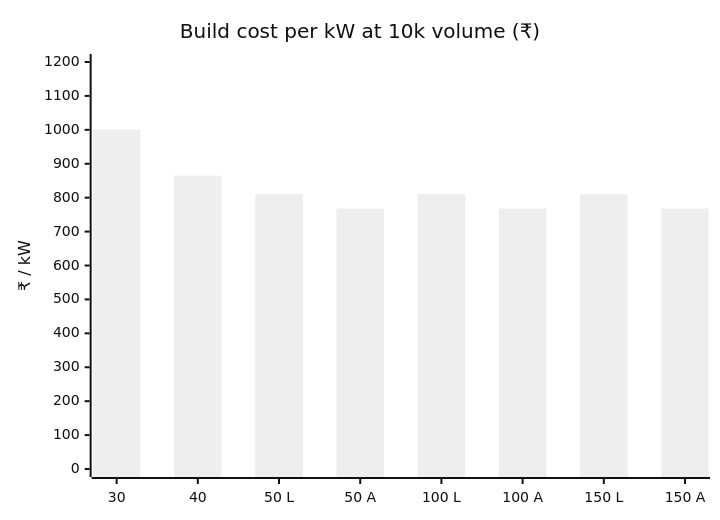
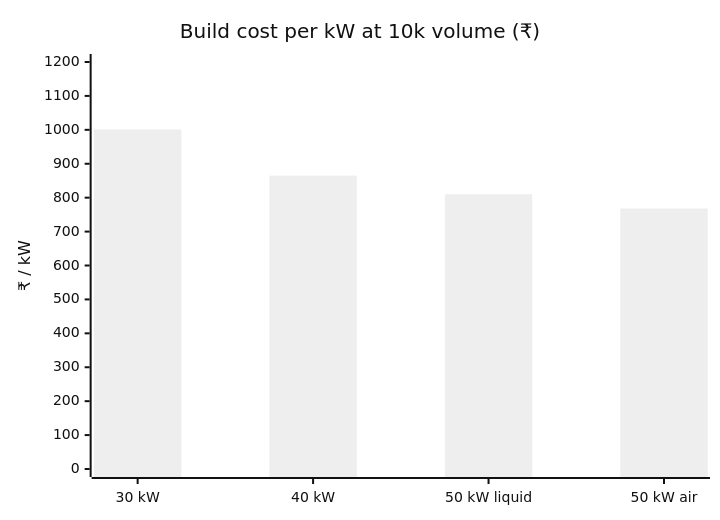
Before and after one commit to vectivolt/DC-Modules: the diagram in docs/bom-cost.md, drawn with Mermaid (neutral theme). The commit also changed other lines of this file and 77 other files, not shown here.

````diff
--- a/docs/bom-cost.md
+++ b/docs/bom-cost.md
@@ -60,7 +59,7 @@
 ```mermaid
 xychart-beta
   title "Build cost per kW at 10k volume (₹)"
-  x-axis ["30", "40", "50 L", "50 A", "100 L", "100 A", "150 L", "150 A"]
+  x-axis ["30 kW", "40 kW", "50 kW liquid", "50 kW air"]
   y-axis "₹ / kW" 0 --> 1200
-  bar [1001, 865, 810, 768, 810, 768, 810, 768]
+  bar [1001, 865, 810, 768]
 ```
````
